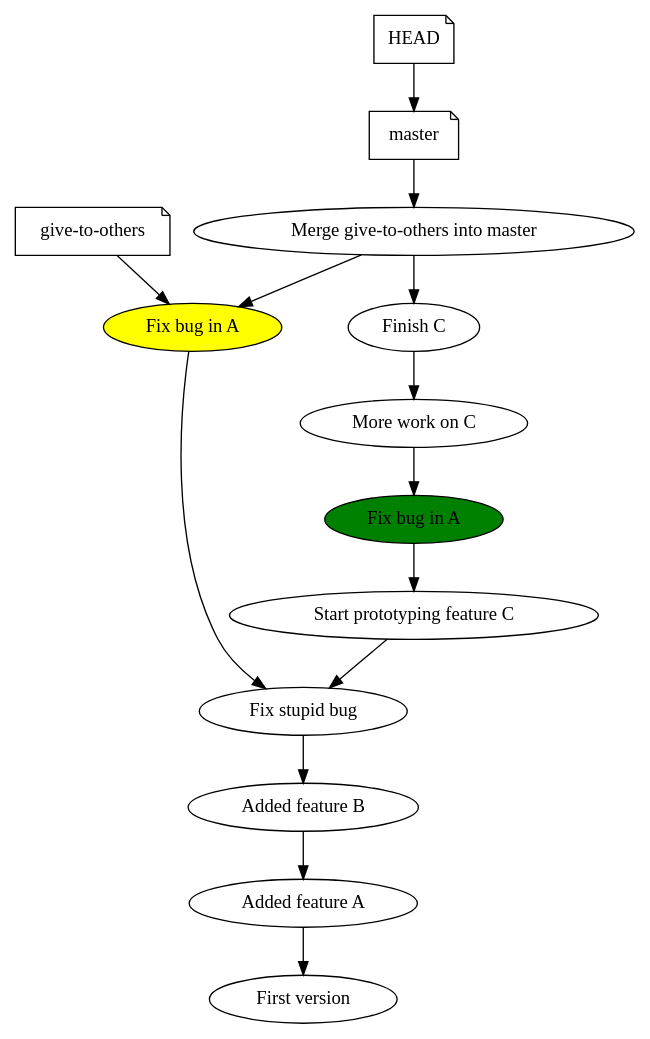
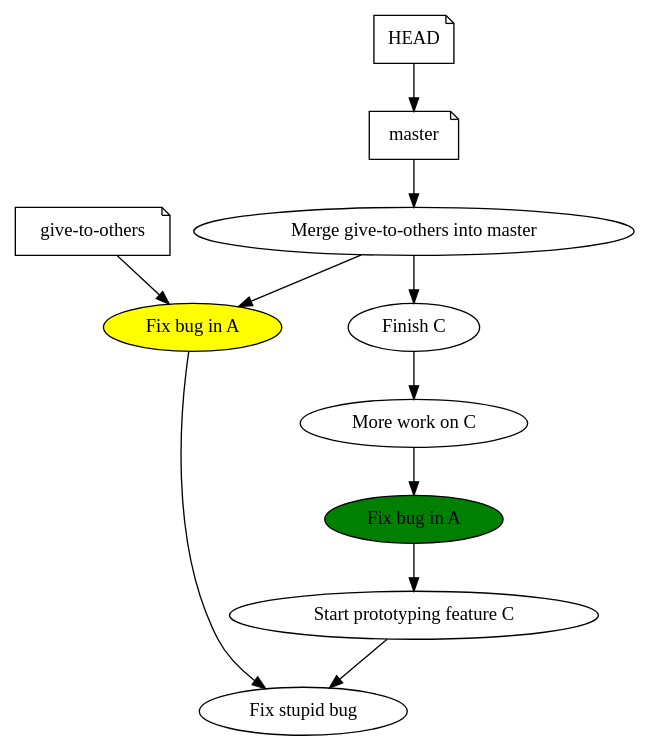
The diagram in single_dude3.dot (rjw57/do-you-git-it), drawn with Graphviz before and after one commit. The commit also changed 7 other files, not shown here.

```diff
--- a/single_dude3.dot
+++ b/single_dude3.dot
@@ -1,20 +1,20 @@
 digraph single_dude {
     "give-to-others" [ shape=note ];
     "master" [ shape=note ];
 
     "HEAD" [ shape=note ];
 
     c1 [ label = "Fix bug in A", style=filled, fillcolor=green ];
     c2 [ label = "Fix bug in A", style=filled, fillcolor=yellow ];
     merge [ label = "Merge give-to-others into master" ];
 
-    "Finish C" -> "More work on C" -> c1 -> "Start prototyping feature C" -> "Fix stupid bug" -> "Added feature B" -> "Added feature A" -> "First version";
+    "Finish C" -> "More work on C" -> c1 -> "Start prototyping feature C" -> "Fix stupid bug"
     c2 -> "Fix stupid bug";
 
     merge -> "Finish C";
     merge -> c2;
 
     "HEAD" -> "master";
     "master" -> merge;
     "give-to-others" -> c2;
 }
```
